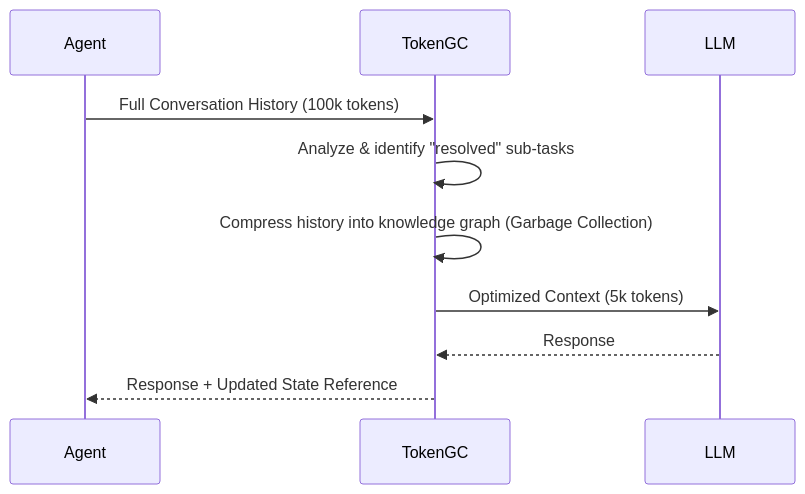
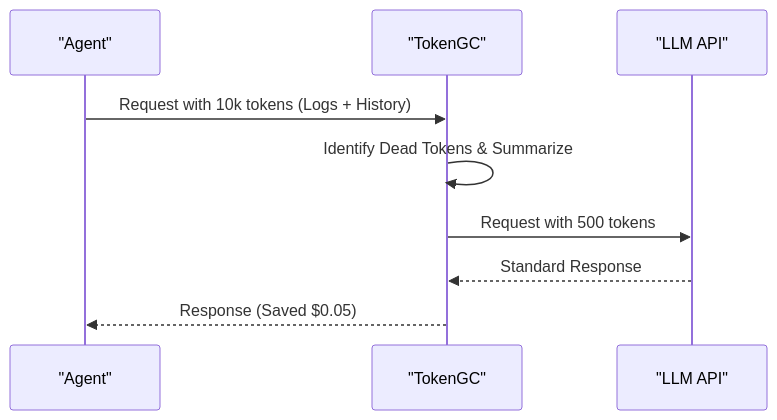
One commit to flouzzy/top-100-ai-startup-ideas changed the second of 2 diagrams in ideas/token-gc/README.md. Above: the diagram before and after it, drawn with Mermaid. The commit also changed other lines of this file and 41 other files, not shown here.

````diff
--- a/ideas/token-gc/README.md
+++ b/ideas/token-gc/README.md
@@ -40,12 +41,11 @@
 ```mermaid
 sequenceDiagram
-    participant Agent
-    participant TokenGC
-    participant LLM
-    Agent->>TokenGC: Full Conversation History (100k tokens)
-    TokenGC->>TokenGC: Analyze & identify "resolved" sub-tasks
-    TokenGC->>TokenGC: Compress history into knowledge graph (Garbage Collection)
-    TokenGC->>LLM: Optimized Context (5k tokens)
-    LLM-->>TokenGC: Response
-    TokenGC-->>Agent: Response + Updated State Reference
+    participant Ag as "Agent"
+    participant GC as "TokenGC"
+    participant API as "LLM API"
+    Ag->>GC: Request with 10k tokens (Logs + History)
+    GC->>GC: Identify Dead Tokens & Summarize
+    GC->>API: Request with 500 tokens
+    API-->>GC: Standard Response
+    GC-->>Ag: Response (Saved $0.05)
 ```
````
